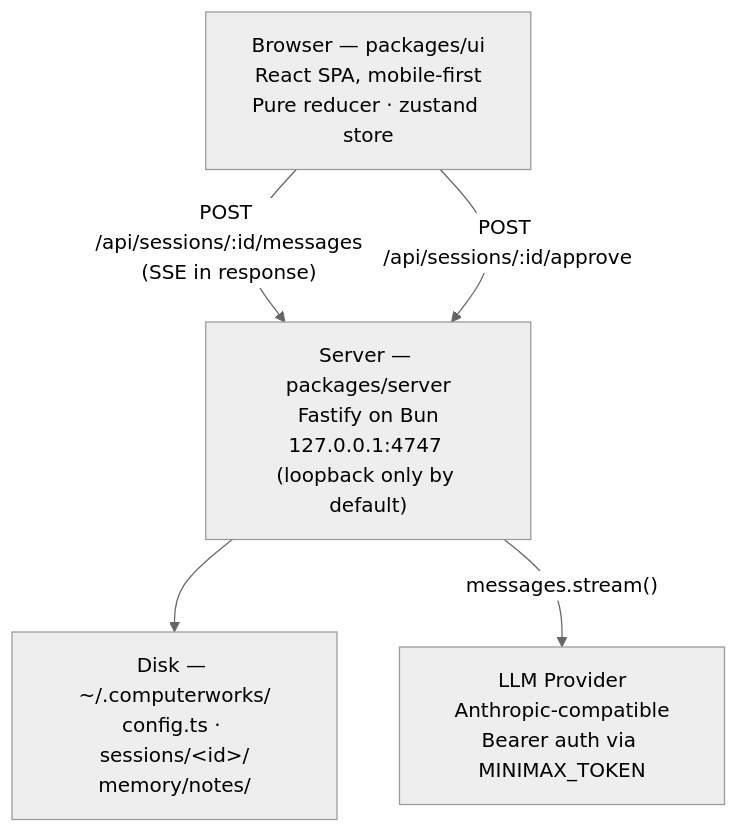
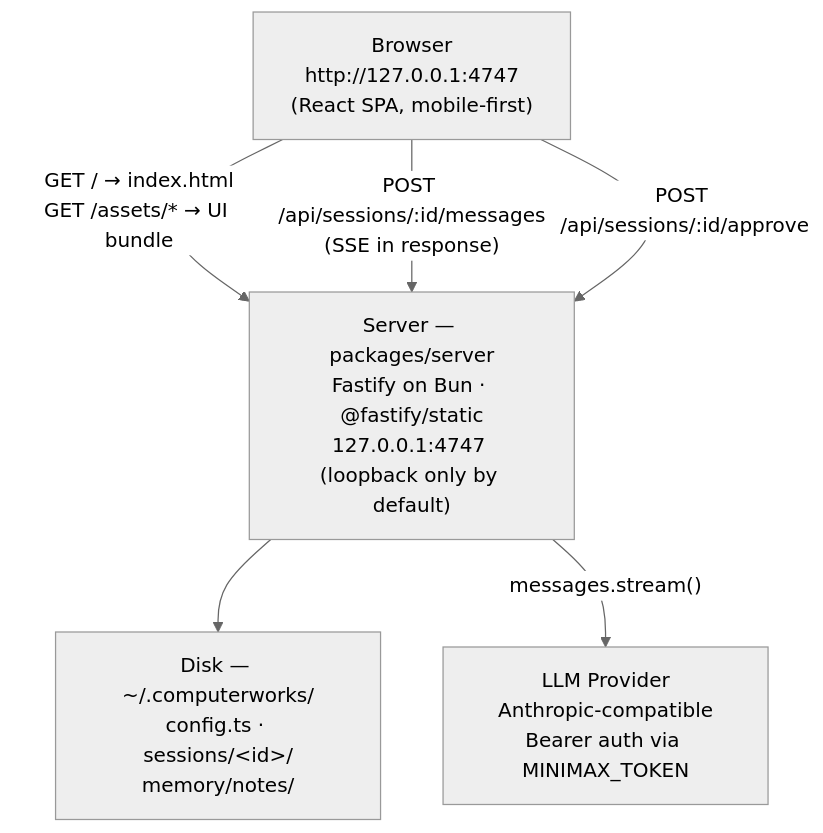
One commit to TahaNKhan/ComputerWorks changed the first of 4 diagrams in docs/architecture.md. Above: the diagram before and after it, drawn with Mermaid (neutral theme). The commit also changed 9 other files, not shown here.

````diff
--- a/docs/architecture.md
+++ b/docs/architecture.md
@@ -18,12 +18,13 @@
 ```mermaid
 flowchart TB
-    Browser["Browser — packages/ui<br/>React SPA, mobile-first<br/>Pure reducer · zustand store"]
-    Server["Server — packages/server<br/>Fastify on Bun<br/>127.0.0.1:4747 (loopback only by default)"]
+    Browser["Browser<br/>http://127.0.0.1:4747<br/>(React SPA, mobile-first)"]
+    Server["Server — packages/server<br/>Fastify on Bun · @fastify/static<br/>127.0.0.1:4747 (loopback only by default)"]
     Disk["Disk — ~/.computerworks/<br/>config.ts · sessions/&lt;id&gt;/<br/>memory/notes/"]
     Provider["LLM Provider<br/>Anthropic-compatible<br/>Bearer auth via MINIMAX_TOKEN"]
 
+    Browser -- "GET / → index.html<br/>GET /assets/* → UI bundle" --> Server
     Browser -- "POST /api/sessions/:id/messages<br/>(SSE in response)" --> Server
     Browser -- "POST /api/sessions/:id/approve" --> Server
     Server --> Disk
     Server -- "messages.stream()" --> Provider
 ```
````
